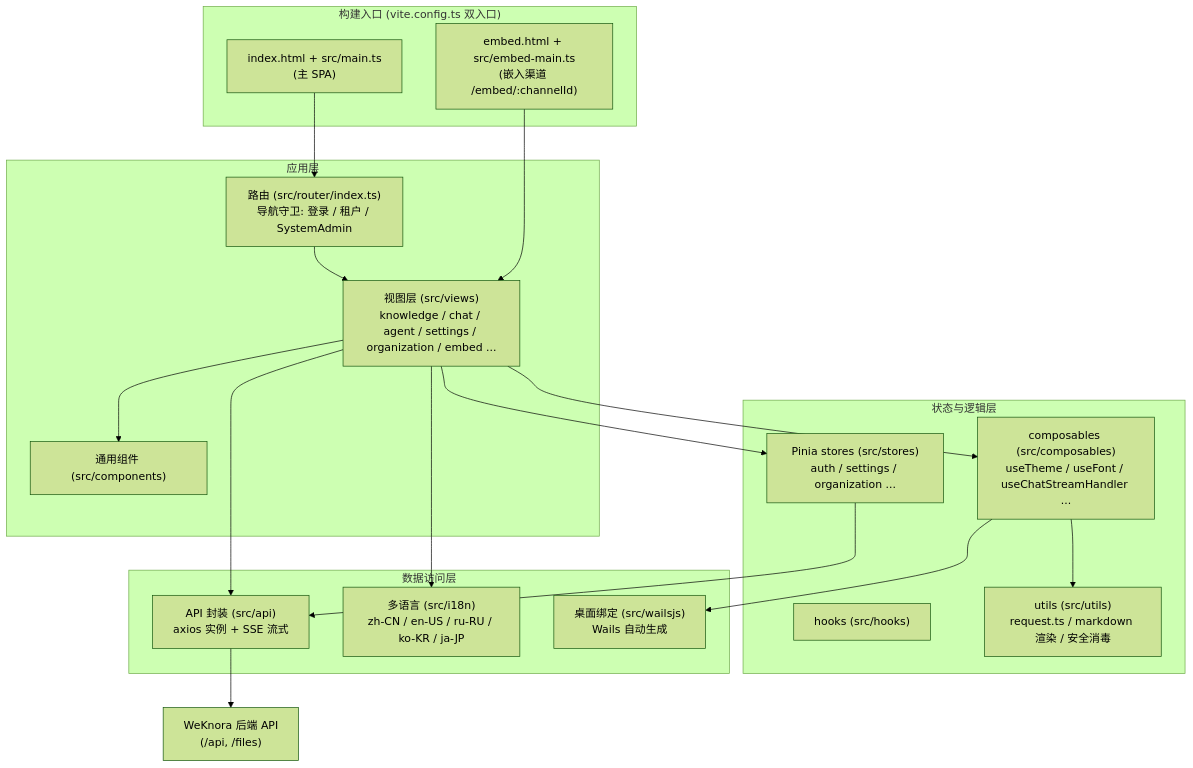
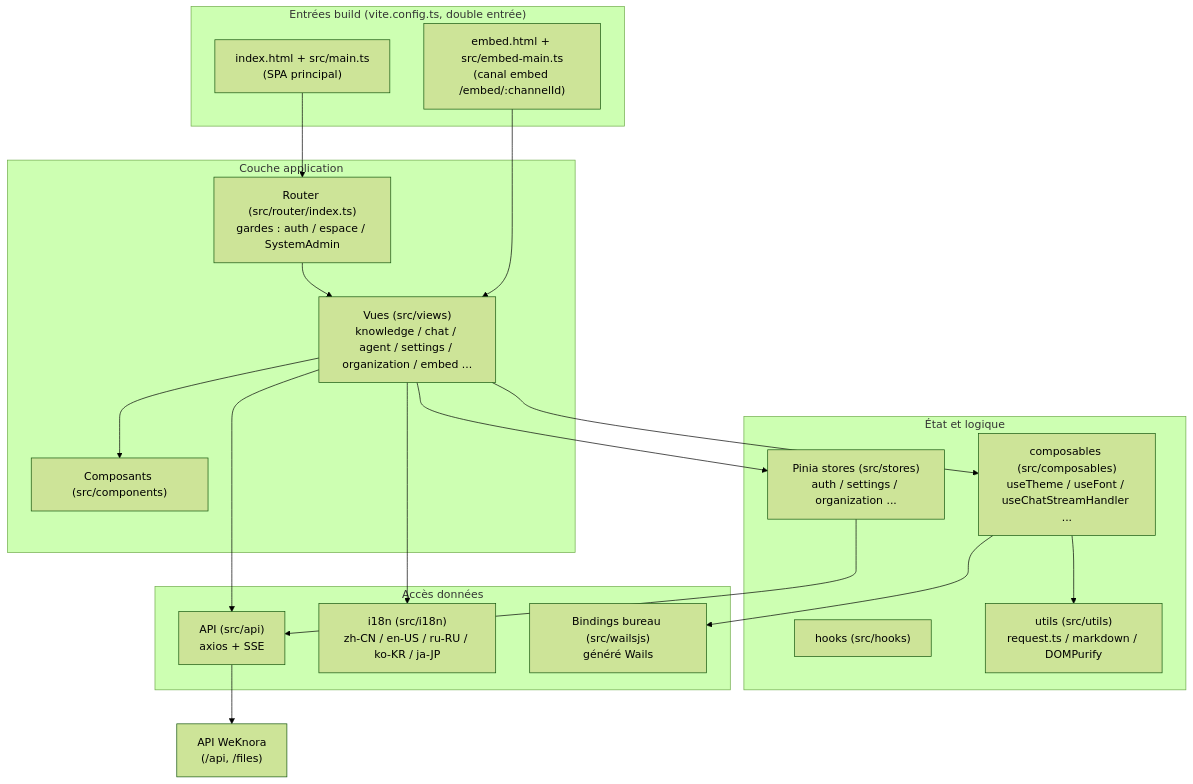
Before and after one commit to samiriggui-code/gsms-template: the diagram in website-docs/05-clients/01-frontend.md, drawn with Mermaid (forest theme). The commit also changed other lines of this file and 301 other files, not shown here.

````diff
--- a/website-docs/05-clients/01-frontend.md
+++ b/website-docs/05-clients/01-frontend.md
@@ -38,40 +35,40 @@
 ```mermaid
 flowchart TB
-    subgraph entries["构建入口 (vite.config.ts 双入口)"]
-        MAIN["index.html + src/main.ts<br/>(主 SPA)"]
-        EMBED["embed.html + src/embed-main.ts<br/>(嵌入渠道 /embed/:channelId)"]
+    subgraph entries["Entrées build (vite.config.ts, double entrée)"]
+        MAIN["index.html + src/main.ts<br/>(SPA principal)"]
+        EMBED["embed.html + src/embed-main.ts<br/>(canal embed /embed/:channelId)"]
     end
 
-    subgraph app["应用层"]
-        ROUTER["路由 (src/router/index.ts)<br/>导航守卫: 登录 / 租户 / SystemAdmin"]
-        VIEWS["视图层 (src/views)<br/>knowledge / chat / agent / settings / organization / embed ..."]
-        COMP["通用组件 (src/components)"]
+    subgraph app["Couche application"]
+        ROUTER["Router (src/router/index.ts)<br/>gardes : auth / espace / SystemAdmin"]
+        VIEWS["Vues (src/views)<br/>knowledge / chat / agent / settings / organization / embed ..."]
+        COMP["Composants (src/components)"]
     end
 
-    subgraph state["状态与逻辑层"]
+    subgraph state["État et logique"]
         STORES["Pinia stores (src/stores)<br/>auth / settings / organization ..."]
         COMPOSABLES["composables (src/composables)<br/>useTheme / useFont / useChatStreamHandler ..."]
         HOOKS["hooks (src/hooks)"]
-        UTILS["utils (src/utils)<br/>request.ts / markdown 渲染 / 安全消毒"]
+        UTILS["utils (src/utils)<br/>request.ts / markdown / DOMPurify"]
     end
 
-    subgraph io["数据访问层"]
-        API["API 封装 (src/api)<br/>axios 实例 + SSE 流式"]
-        I18N["多语言 (src/i18n)<br/>zh-CN / en-US / ru-RU / ko-KR / ja-JP"]
-        WAILS["桌面绑定 (src/wailsjs)<br/>Wails 自动生成"]
+    subgraph io["Accès données"]
+        API["API (src/api)<br/>axios + SSE"]
+        I18N["i18n (src/i18n)<br/>zh-CN / en-US / ru-RU / ko-KR / ja-JP"]
+        WAILS["Bindings bureau (src/wailsjs)<br/>généré Wails"]
     end
 
-    BACKEND["WeKnora 后端 API<br/>(/api, /files)"]
+    BACKEND["API WeKnora<br/>(/api, /files)"]
 
     MAIN --> ROUTER --> VIEWS
     EMBED --> VIEWS
     VIEWS --> COMP
     VIEWS --> STORES
     VIEWS --> COMPOSABLES
     COMPOSABLES --> UTILS
     STORES --> API
     VIEWS --> API
     API --> BACKEND
     VIEWS --> I18N
     COMPOSABLES --> WAILS
 ```
````
